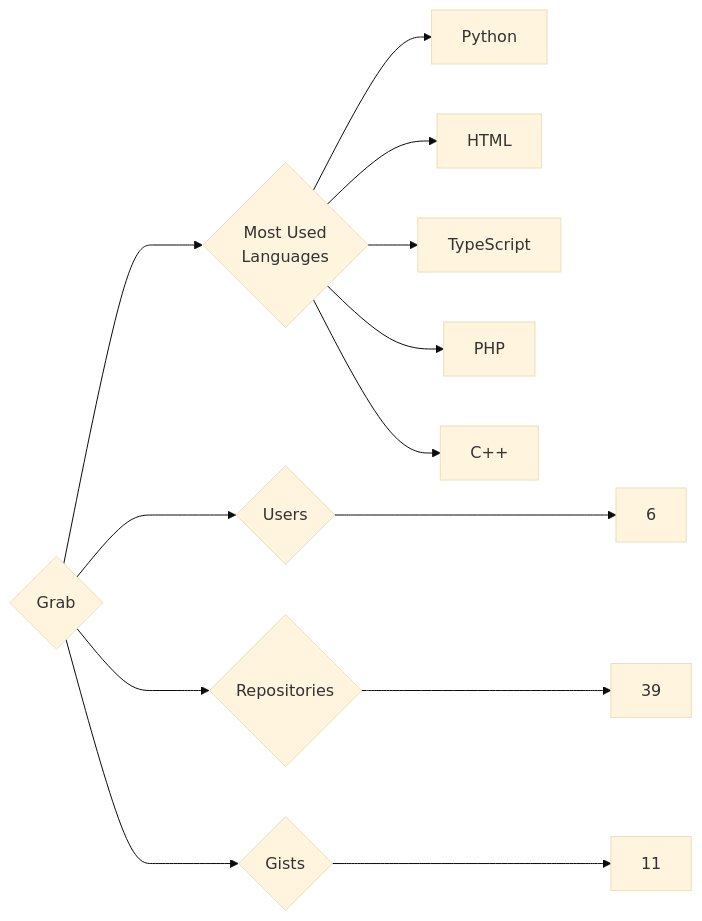
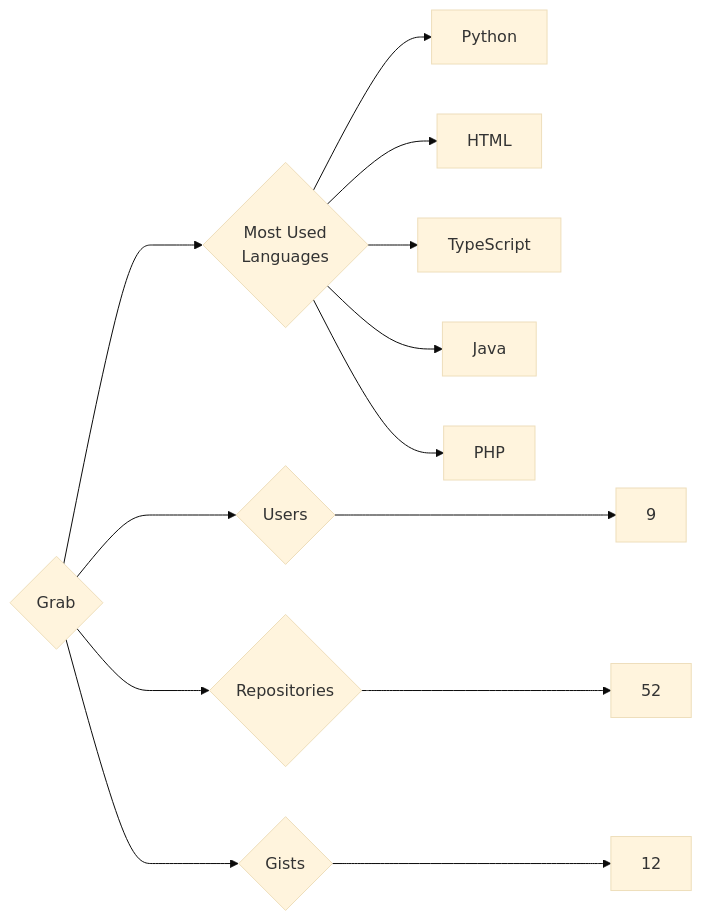
Before and after one commit to trickest/insiders: the diagram in targets/Grab/README.md, drawn with Mermaid (base theme). The commit also changed 1167 other files, not shown here.

````diff
--- a/targets/Grab/README.md
+++ b/targets/Grab/README.md
@@ -3,13 +3,13 @@
 ```mermaid
 graph LR
 COMPANY_NAME{Grab}
-COMPANY_NAME ---> U{Users} ---> UN[6]
-COMPANY_NAME ---> R{Repositories} ---> RN[39]
-COMPANY_NAME ---> G{Gists} ---> GN[11]
+COMPANY_NAME ---> U{Users} ---> UN[9]
+COMPANY_NAME ---> R{Repositories} ---> RN[52]
+COMPANY_NAME ---> G{Gists} ---> GN[12]
 COMPANY_NAME ---> ML{Most Used<br>Languages}
 ML --> Python[Python]
 ML --> HTML[HTML]
 ML --> TypeScript[TypeScript]
+ML --> Java[Java]
 ML --> PHP[PHP]
-ML --> C++[C++]
 ```
````
